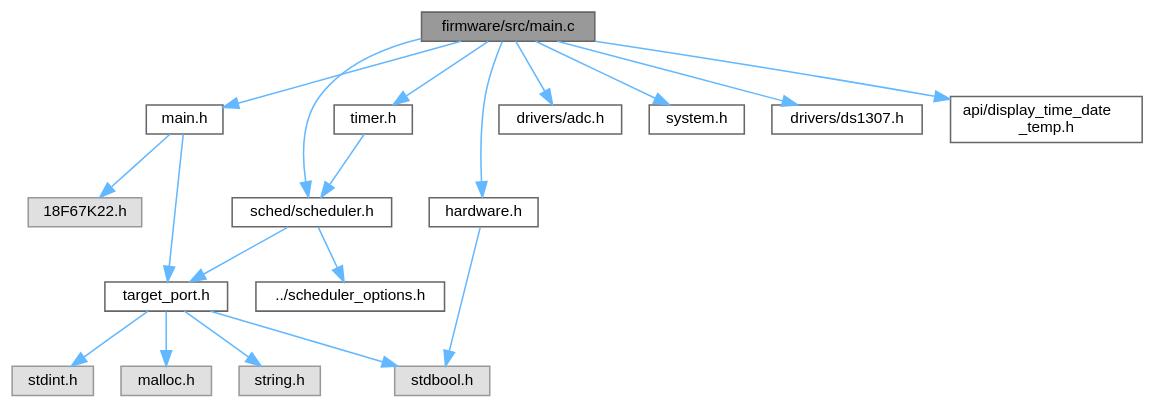
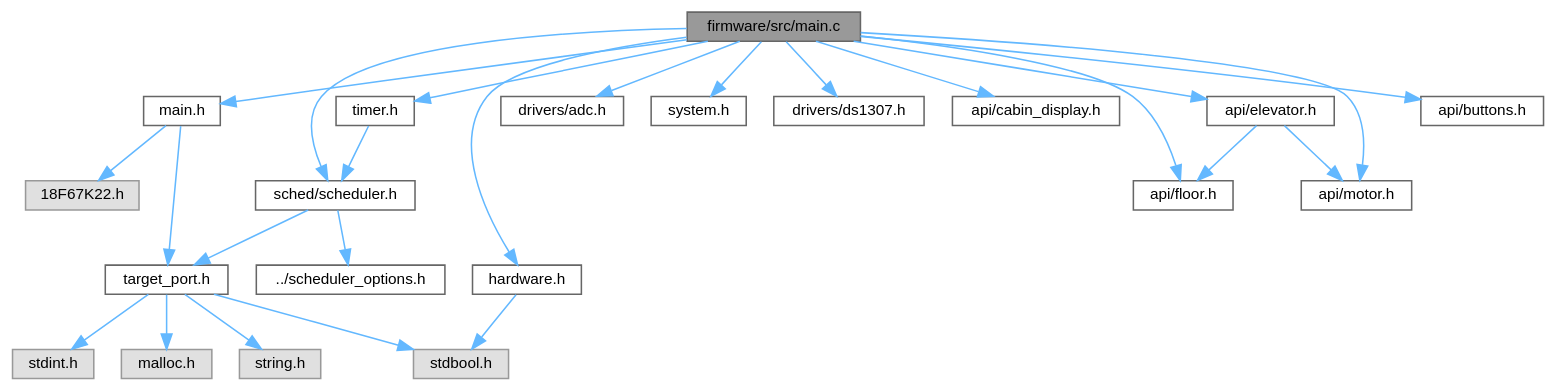
Before and after one commit to Ghaadyy/elevator-controller: the diagram in main_8c__incl.dot, drawn with Graphviz. The commit also changed 651 other files, not shown here.

```diff
--- a/main_8c__incl.dot
+++ b/main_8c__incl.dot
@@ -1,41 +1,51 @@
 digraph "firmware/src/main.c"
 {
  // LATEX_PDF_SIZE
   bgcolor="transparent";
   edge [fontname=Helvetica,fontsize=10,labelfontname=Helvetica,labelfontsize=10];
   node [fontname=Helvetica,fontsize=10,shape=box,height=0.2,width=0.4];
   Node1 [id="Node000001",label="firmware/src/main.c",height=0.2,width=0.4,color="gray40", fillcolor="grey60", style="filled", fontcolor="black",tooltip=" "];
   Node1 -> Node2 [id="edge1_Node000001_Node000002",color="steelblue1",style="solid",tooltip=" "];
   Node2 [id="Node000002",label="main.h",height=0.2,width=0.4,color="grey40", fillcolor="white", style="filled",URL="$main_8h.html",tooltip=" "];
   Node2 -> Node3 [id="edge2_Node000002_Node000003",color="steelblue1",style="solid",tooltip=" "];
   Node3 [id="Node000003",label="18F67K22.h",height=0.2,width=0.4,color="grey60", fillcolor="#E0E0E0", style="filled",tooltip=" "];
   Node2 -> Node4 [id="edge3_Node000002_Node000004",color="steelblue1",style="solid",tooltip=" "];
   Node4 [id="Node000004",label="target_port.h",height=0.2,width=0.4,color="grey40", fillcolor="white", style="filled",URL="$target__port_8h.html",tooltip=" "];
   Node4 -> Node5 [id="edge4_Node000004_Node000005",color="steelblue1",style="solid",tooltip=" "];
   Node5 [id="Node000005",label="stdbool.h",height=0.2,width=0.4,color="grey60", fillcolor="#E0E0E0", style="filled",tooltip=" "];
   Node4 -> Node6 [id="edge5_Node000004_Node000006",color="steelblue1",style="solid",tooltip=" "];
   Node6 [id="Node000006",label="stdint.h",height=0.2,width=0.4,color="grey60", fillcolor="#E0E0E0", style="filled",tooltip=" "];
   Node4 -> Node7 [id="edge6_Node000004_Node000007",color="steelblue1",style="solid",tooltip=" "];
   Node7 [id="Node000007",label="malloc.h",height=0.2,width=0.4,color="grey60", fillcolor="#E0E0E0", style="filled",tooltip=" "];
   Node4 -> Node8 [id="edge7_Node000004_Node000008",color="steelblue1",style="solid",tooltip=" "];
   Node8 [id="Node000008",label="string.h",height=0.2,width=0.4,color="grey60", fillcolor="#E0E0E0", style="filled",tooltip=" "];
   Node1 -> Node9 [id="edge8_Node000001_Node000009",color="steelblue1",style="solid",tooltip=" "];
   Node9 [id="Node000009",label="drivers/adc.h",height=0.2,width=0.4,color="grey40", fillcolor="white", style="filled",URL="$adc_8h.html",tooltip=" "];
   Node1 -> Node10 [id="edge9_Node000001_Node000010",color="steelblue1",style="solid",tooltip=" "];
   Node10 [id="Node000010",label="hardware.h",height=0.2,width=0.4,color="grey40", fillcolor="white", style="filled",URL="$hardware_8h.html",tooltip=" "];
   Node10 -> Node5 [id="edge10_Node000010_Node000005",color="steelblue1",style="solid",tooltip=" "];
   Node1 -> Node11 [id="edge11_Node000001_Node000011",color="steelblue1",style="solid",tooltip=" "];
   Node11 [id="Node000011",label="sched/scheduler.h",height=0.2,width=0.4,color="grey40", fillcolor="white", style="filled",URL="$scheduler_8h.html",tooltip=" "];
   Node11 -> Node12 [id="edge12_Node000011_Node000012",color="steelblue1",style="solid",tooltip=" "];
   Node12 [id="Node000012",label="../scheduler_options.h",height=0.2,width=0.4,color="grey40", fillcolor="white", style="filled",URL="$scheduler__options_8h.html",tooltip=" "];
   Node11 -> Node4 [id="edge13_Node000011_Node000004",color="steelblue1",style="solid",tooltip=" "];
   Node1 -> Node13 [id="edge14_Node000001_Node000013",color="steelblue1",style="solid",tooltip=" "];
   Node13 [id="Node000013",label="system.h",height=0.2,width=0.4,color="grey40", fillcolor="white", style="filled",URL="$system_8h.html",tooltip=" "];
   Node1 -> Node14 [id="edge15_Node000001_Node000014",color="steelblue1",style="solid",tooltip=" "];
   Node14 [id="Node000014",label="timer.h",height=0.2,width=0.4,color="grey40", fillcolor="white", style="filled",URL="$timer_8h.html",tooltip=" "];
   Node14 -> Node11 [id="edge16_Node000014_Node000011",color="steelblue1",style="solid",tooltip=" "];
   Node1 -> Node15 [id="edge17_Node000001_Node000015",color="steelblue1",style="solid",tooltip=" "];
   Node15 [id="Node000015",label="drivers/ds1307.h",height=0.2,width=0.4,color="grey40", fillcolor="white", style="filled",URL="$ds1307_8h.html",tooltip=" "];
   Node1 -> Node16 [id="edge18_Node000001_Node000016",color="steelblue1",style="solid",tooltip=" "];
-  Node16 [id="Node000016",label="api/display_time_date\l_temp.h",height=0.2,width=0.4,color="grey40", fillcolor="white", style="filled",URL="$display__time__date__temp_8h.html",tooltip=" "];
+  Node16 [id="Node000016",label="api/cabin_display.h",height=0.2,width=0.4,color="grey40", fillcolor="white", style="filled",URL="$cabin__display_8h.html",tooltip=" "];
+  Node1 -> Node17 [id="edge19_Node000001_Node000017",color="steelblue1",style="solid",tooltip=" "];
+  Node17 [id="Node000017",label="api/floor.h",height=0.2,width=0.4,color="grey40", fillcolor="white", style="filled",URL="$floor_8h.html",tooltip="The API to access the elevator's floor state."];
+  Node1 -> Node18 [id="edge20_Node000001_Node000018",color="steelblue1",style="solid",tooltip=" "];
+  Node18 [id="Node000018",label="api/motor.h",height=0.2,width=0.4,color="grey40", fillcolor="white", style="filled",URL="$motor_8h.html",tooltip=" "];
+  Node1 -> Node19 [id="edge21_Node000001_Node000019",color="steelblue1",style="solid",tooltip=" "];
+  Node19 [id="Node000019",label="api/elevator.h",height=0.2,width=0.4,color="grey40", fillcolor="white", style="filled",URL="$elevator_8h.html",tooltip="The elevator scheduler API."];
+  Node19 -> Node17 [id="edge22_Node000019_Node000017",color="steelblue1",style="solid",tooltip=" "];
+  Node19 -> Node18 [id="edge23_Node000019_Node000018",color="steelblue1",style="solid",tooltip=" "];
+  Node1 -> Node20 [id="edge24_Node000001_Node000020",color="steelblue1",style="solid",tooltip=" "];
+  Node20 [id="Node000020",label="api/buttons.h",height=0.2,width=0.4,color="grey40", fillcolor="white", style="filled",URL="$buttons_8h.html",tooltip=" "];
 }
```
